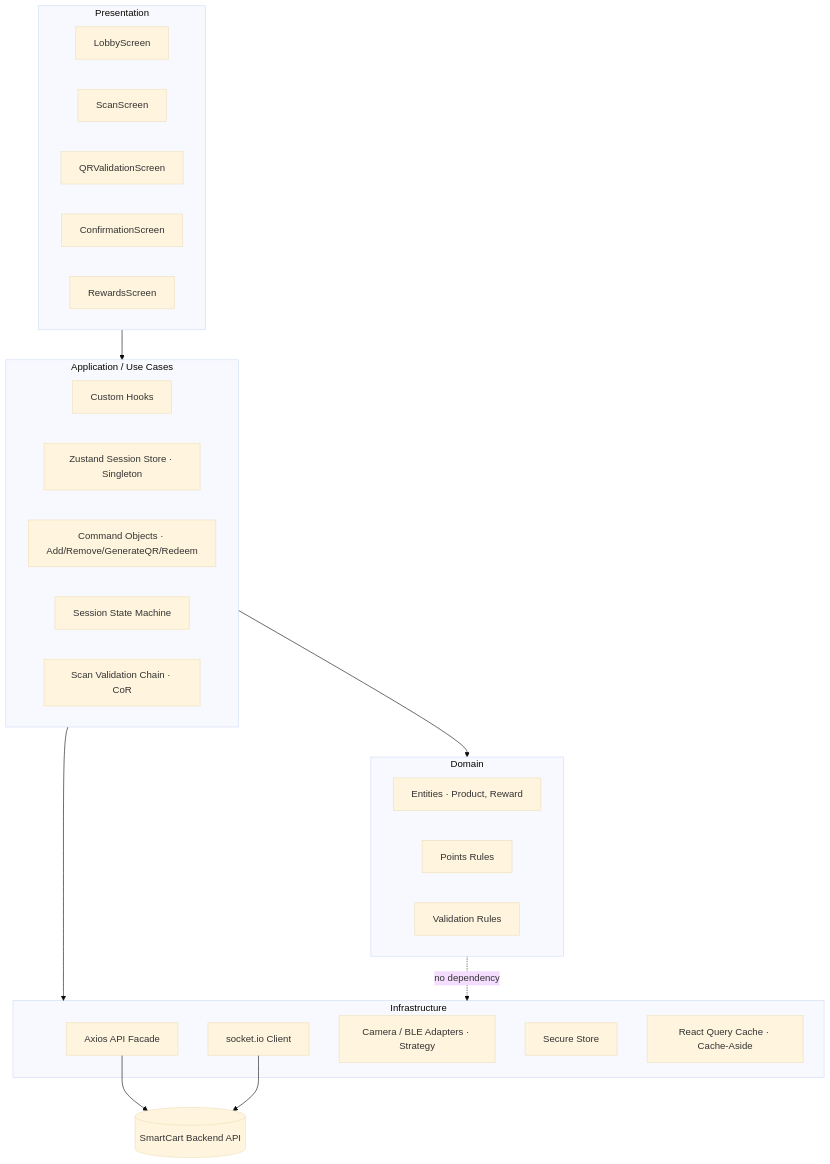
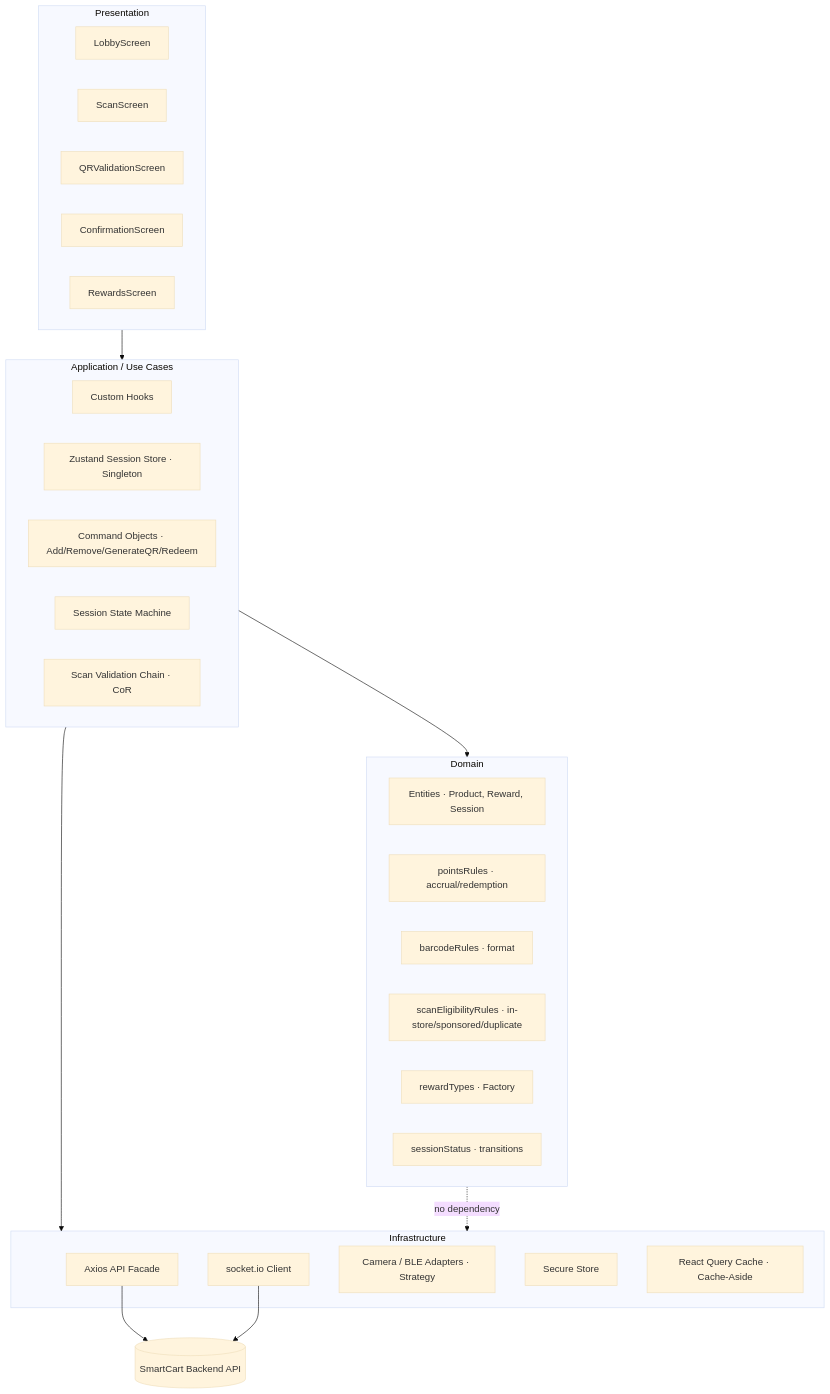
The second of 10 diagrams in README.md (davlm05/IICaso_DiseSoftware), drawn with Mermaid (base theme) before and after one commit. The commit also changed other lines of this file and 2 other files, not shown here.

````diff
--- a/README.md
+++ b/README.md
@@ -416,39 +420,42 @@
 ```mermaid
 flowchart TD
     subgraph Presentation
         S1[LobbyScreen]
         S2[ScanScreen]
         S3[QRValidationScreen]
         S4[ConfirmationScreen]
         S5[RewardsScreen]
     end
 
     subgraph Application["Application / Use Cases"]
         H[Custom Hooks]
         ST[Zustand Session Store · Singleton]
         CMD[Command Objects · Add/Remove/GenerateQR/Redeem]
         SM[Session State Machine]
         VAL[Scan Validation Chain · CoR]
     end
 
     subgraph Domain
-        ENT[Entities · Product, Reward]
-        RULES[Points Rules]
-        VRULES[Validation Rules]
+        ENT[Entities · Product, Reward, Session]
+        PRULES[pointsRules · accrual/redemption]
+        BRULES[barcodeRules · format]
+        SRULES[scanEligibilityRules · in-store/sponsored/duplicate]
+        RT[rewardTypes · Factory]
+        SS[sessionStatus · transitions]
     end
 
     subgraph Infrastructure
         API[Axios API Facade]
         WS[socket.io Client]
         CAM[Camera / BLE Adapters · Strategy]
         SEC[Secure Store]
         RQ[React Query Cache · Cache-Aside]
     end
 
     Presentation --> Application
     Application --> Domain
     Application --> Infrastructure
     Domain -.no dependency.-> Infrastructure
     API --> Backend[(SmartCart Backend API)]
     WS --> Backend
 ```
````
